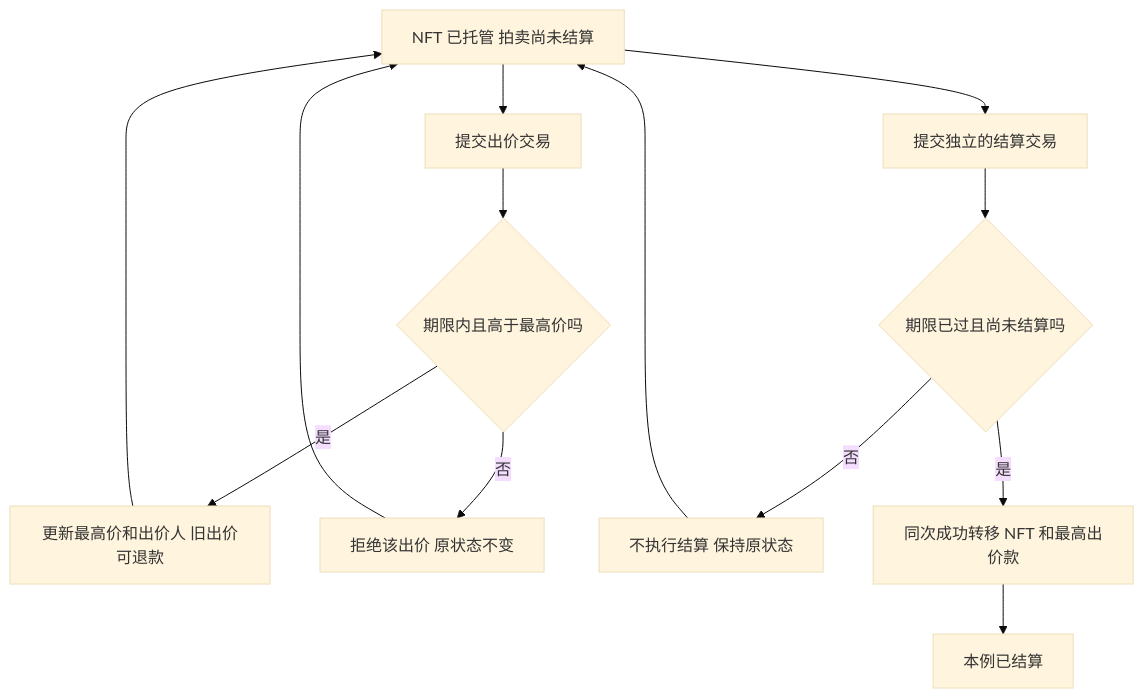
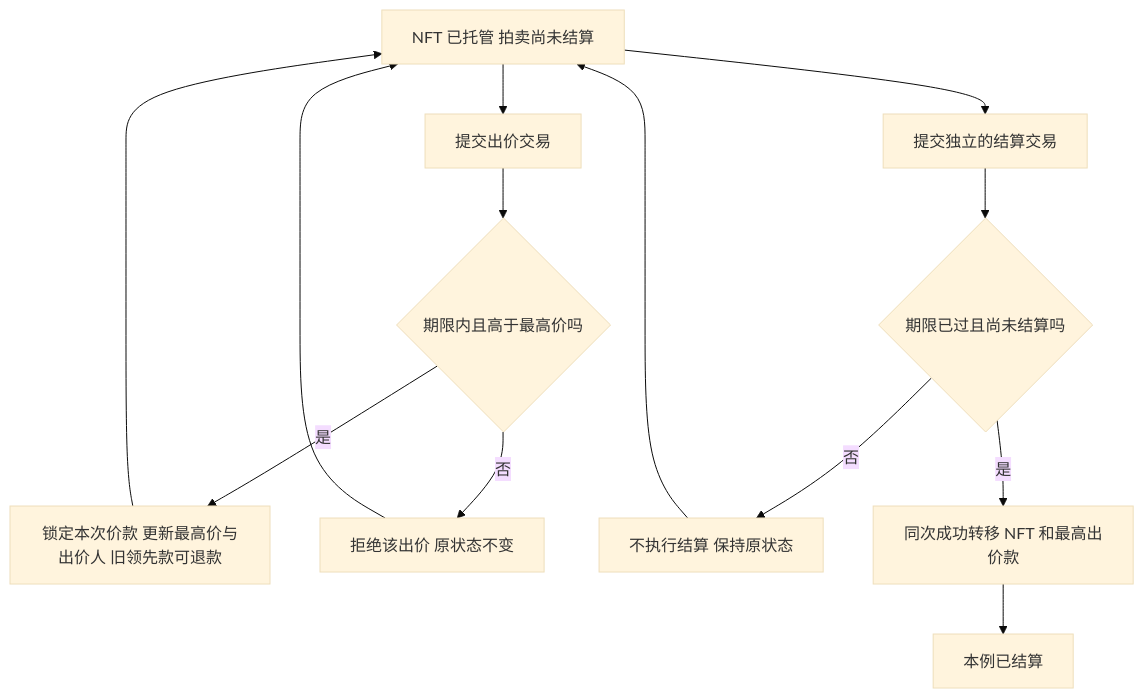
Before and after one commit to CercaTrovato/cityu-ai-course-notes: the fourth of 10 diagrams in EF5560_Fintech_and_AI_in_Finance/notes/M07-比特币以太坊与加密金融商业模式.md, drawn with Mermaid (base theme). The commit also changed other lines of this file and 2300 other files, not shown here.

First line of the commit message:
完善五课程逐页学习笔记、课件原图与修补规范

````diff
--- a/EF5560_Fintech_and_AI_in_Finance/notes/M07-比特币以太坊与加密金融商业模式.md
+++ b/EF5560_Fintech_and_AI_in_Finance/notes/M07-比特币以太坊与加密金融商业模式.md
@@ -934,15 +1863,15 @@
 ```mermaid
 flowchart TD
  A[NFT 已托管 拍卖尚未结算] --> B[提交出价交易]
  A --> S[提交独立的结算交易]
  B --> C{期限内且高于最高价吗}
- C -->|是| D[更新最高价和出价人 旧出价可退款]
+ C -->|是| D[锁定本次价款 更新最高价与出价人 旧领先款可退款]
  D --> A
  C -->|否| E[拒绝该出价 原状态不变]
  E --> A
  S --> F{期限已过且尚未结算吗}
  F -->|否| N[不执行结算 保持原状态]
  N --> A
  F -->|是| G[同次成功转移 NFT 和最高出价款]
  G --> H[本例已结算]
 ```
````
